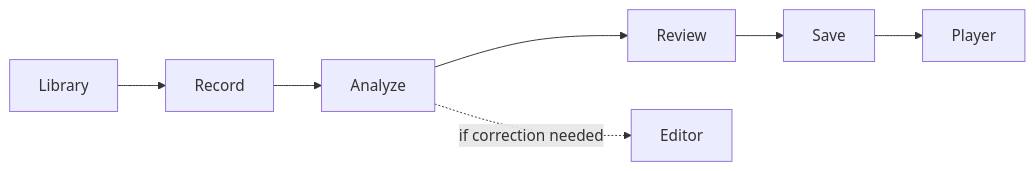
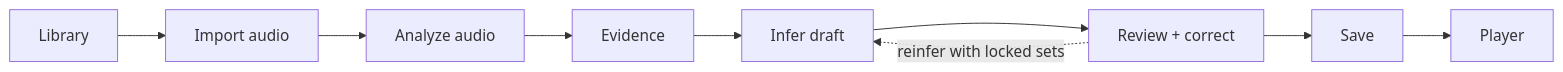
One commit to robertdyr/skales-v1 changed the second of 6 diagrams in docs/overview.md. Above: the diagram before and after it, drawn with Mermaid. The commit also changed other lines of this file and 34 other files, not shown here.

````diff
--- a/docs/overview.md
+++ b/docs/overview.md
@@ -38,9 +83,11 @@
 ```mermaid
 flowchart LR
-    LibraryA["Library"] --> Record["Record"]
-    Record --> Analyze["Analyze"]
-    Analyze --> Review["Review"]
-    Review --> SaveA["Save"]
+    LibraryA["Library"] --> ImportA["Import audio"]
+    ImportA --> AnalyzeA["Analyze audio"]
+    AnalyzeA --> EvidenceA["Evidence"]
+    EvidenceA --> InferA["Infer draft"]
+    InferA --> ReviewA["Review + correct"]
+    ReviewA -. reinfer with locked sets .-> InferA
+    ReviewA --> SaveA["Save"]
     SaveA --> PlayerA["Player"]
-    Analyze -. if correction needed .-> EditorA["Editor"]
 ```
````
